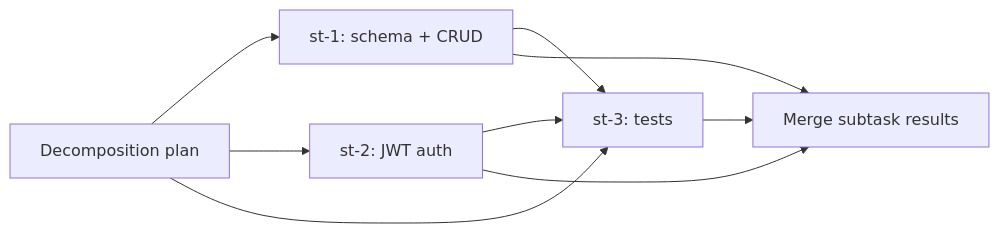
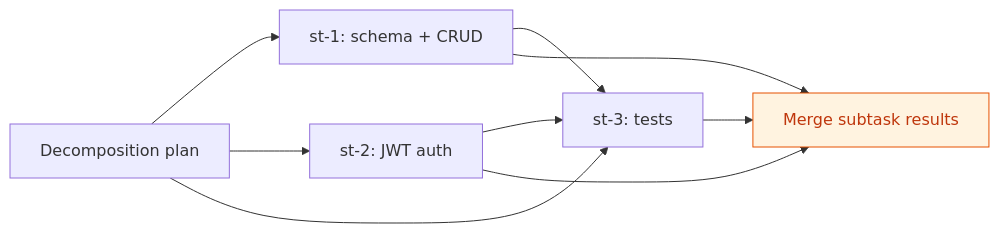
The third of 4 diagrams in docs/examples/swarm-orchestration.md (Guebbit/AI-coding-assistant), drawn with Mermaid before and after one commit. The commit also changed other lines of this file and 54 other files, not shown here.

First line of the commit message:
docs: add mermaid diagrams to quickstart & ollama-notes, color-code all flowcharts

````diff
--- a/docs/examples/swarm-orchestration.md
+++ b/docs/examples/swarm-orchestration.md
@@ -70,17 +71,18 @@
 ```mermaid
 flowchart LR
     Plan[Decomposition plan]
     ST1[st-1: schema + CRUD]
     ST2[st-2: JWT auth]
     ST3[st-3: tests]
     Merge[Merge subtask results]
 
     Plan --> ST1
     Plan --> ST2
     Plan --> ST3
     ST1 --> ST3
     ST2 --> ST3
     ST1 --> Merge
     ST2 --> Merge
     ST3 --> Merge
+    style Merge fill:#fff3e0,stroke:#e65100,color:#bf360c
 ```
````
